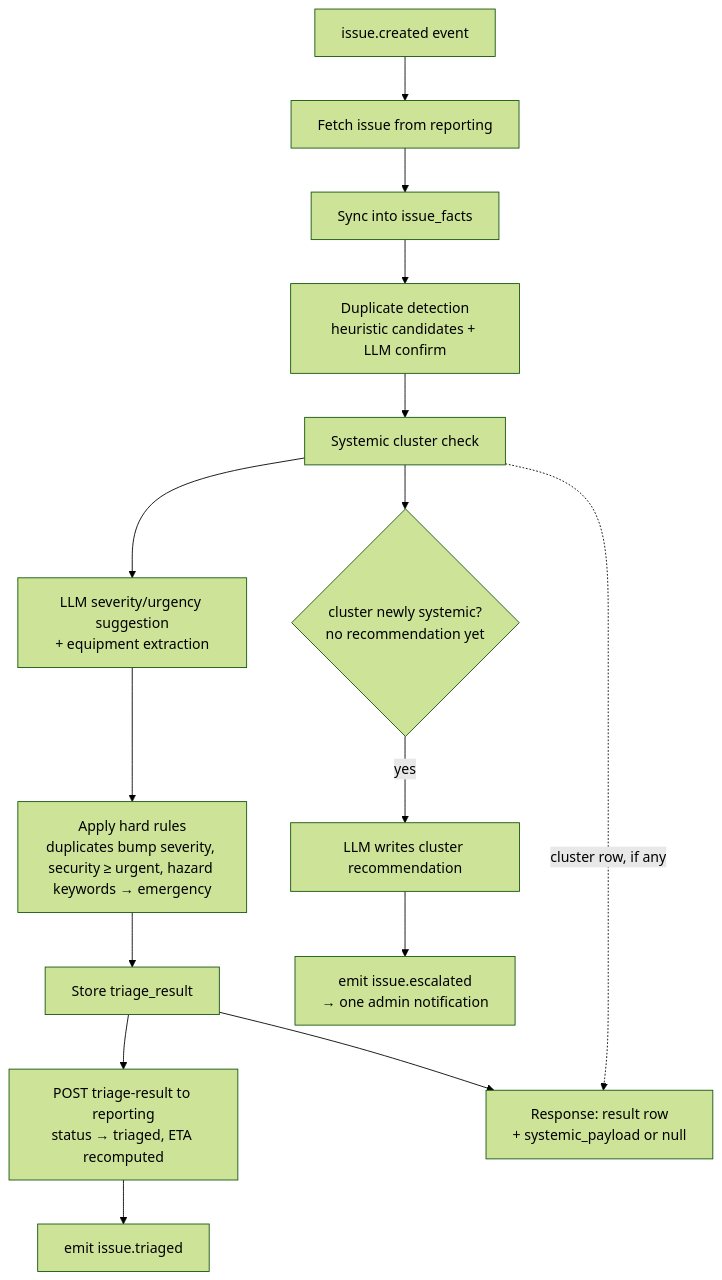
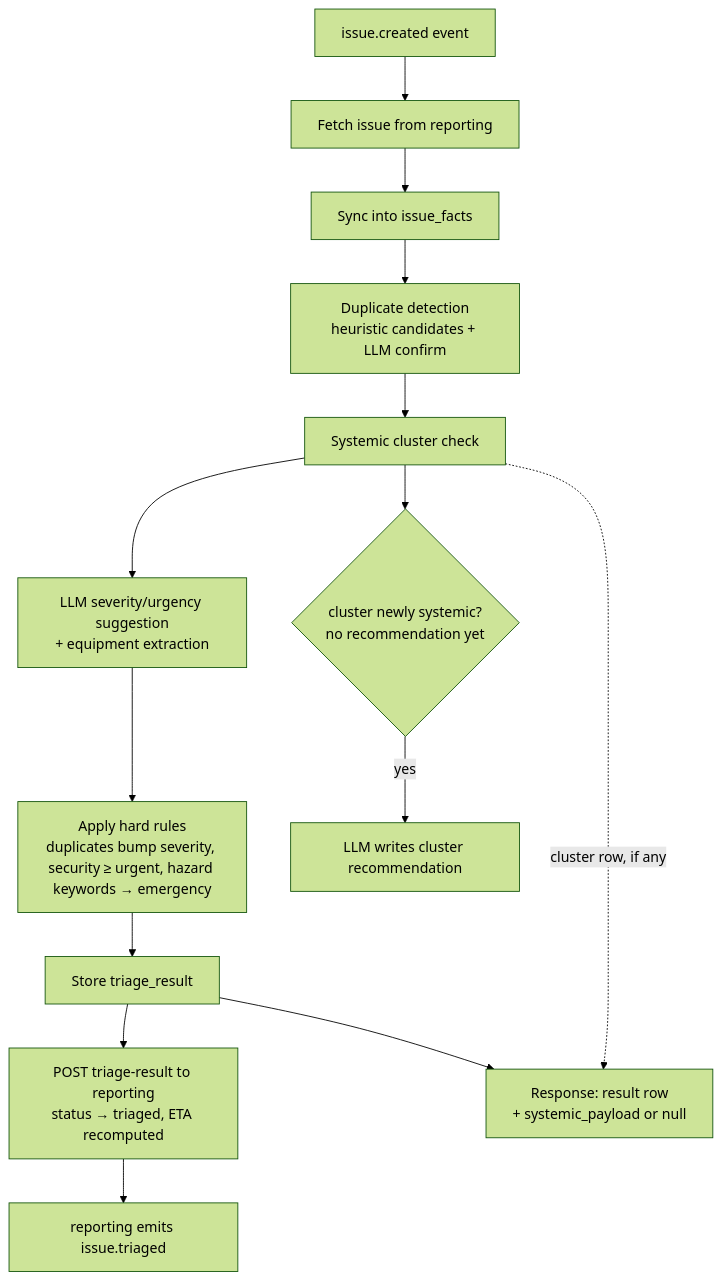
The diagram in docs/05-triage-analytics.md (DeYuanChong/Incube2026_Grp3), drawn with Mermaid (forest theme) before and after one commit. The commit also changed other lines of this file and 4 other files, not shown here.

````diff
--- a/docs/05-triage-analytics.md
+++ b/docs/05-triage-analytics.md
@@ -221,17 +217,16 @@
 ```mermaid
 flowchart TD
     A[issue.created event] --> B[Fetch issue from reporting]
     B --> C[Sync into issue_facts]
     C --> D[Duplicate detection<br/>heuristic candidates + LLM confirm]
     D --> E[Systemic cluster check]
     E --> F[LLM severity/urgency suggestion<br/>+ equipment extraction]
     F --> G[Apply hard rules<br/>duplicates bump severity, security ≥ urgent, hazard keywords → emergency]
     G --> H[Store triage_result]
     H --> I[POST triage-result to reporting<br/>status → triaged, ETA recomputed]
-    I --> J[emit issue.triaged]
+    I --> J[reporting emits issue.triaged]
     E --> K{cluster newly systemic?<br/>no recommendation yet}
     K -- yes --> L[LLM writes cluster recommendation]
-    L --> M[emit issue.escalated<br/>→ one admin notification]
     H --> N[Response: result row<br/>+ systemic_payload or null]
     E -.->|cluster row, if any| N
 ```
````
